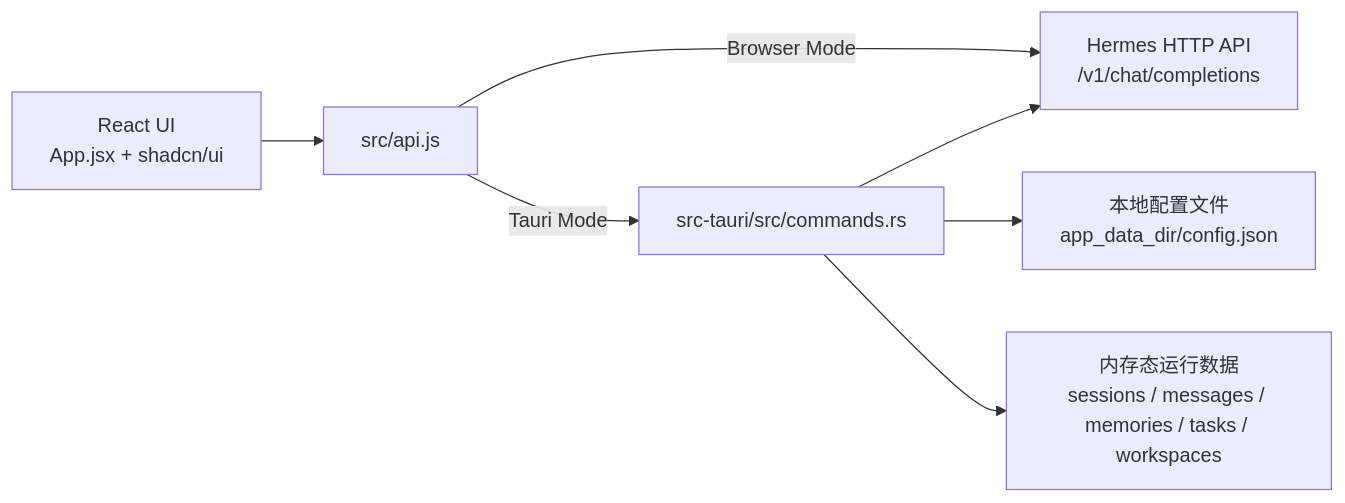
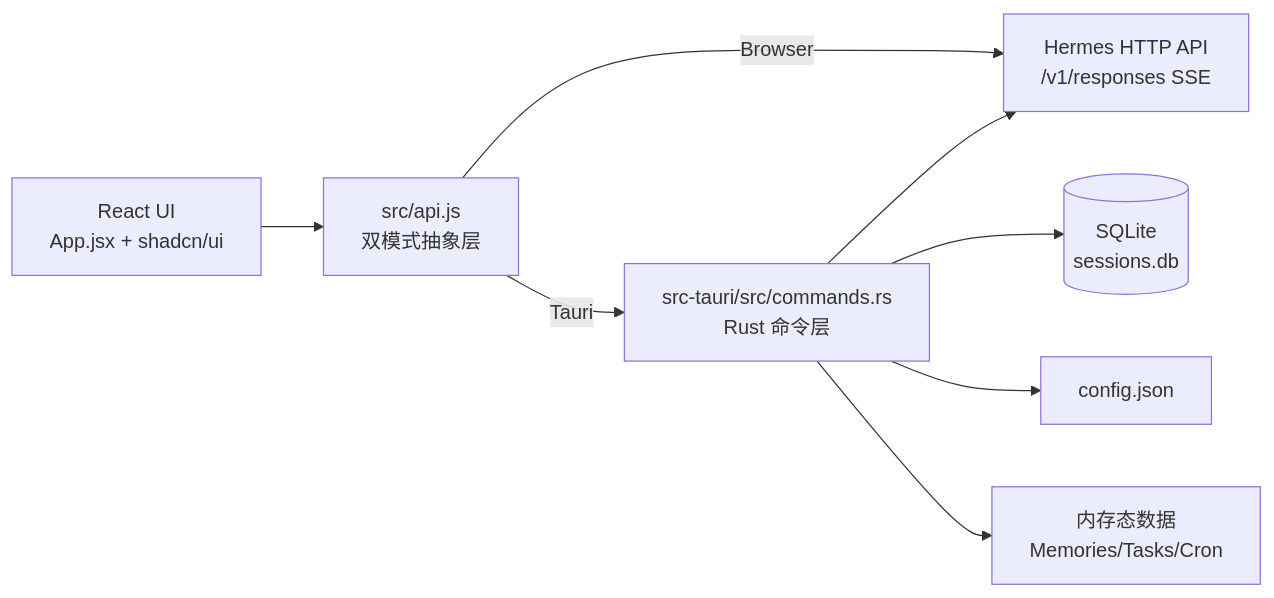
Before and after one commit to dcxcdrqwgs-cmyk/hermes-desktop-lite: the diagram in README.md, drawn with Mermaid. The commit also changed other lines of this file, not shown here.

````diff
--- a/README.md
+++ b/README.md
@@ -16,9 +74,10 @@
 ```mermaid
 flowchart LR
-    UI["React UI<br/>App.jsx + shadcn/ui"] --> API["src/api.js"]
-    API -->|Browser Mode| Gateway["Hermes HTTP API<br/>/v1/chat/completions"]
-    API -->|Tauri Mode| Commands["src-tauri/src/commands.rs"]
-    Commands --> Config["本地配置文件<br/>app_data_dir/config.json"]
-    Commands --> Runtime["内存态运行数据<br/>sessions / messages / memories / tasks / workspaces"]
+    UI["React UI<br/>App.jsx + shadcn/ui"] --> API["src/api.js<br/>双模式抽象层"]
+    API -->|Browser| Gateway["Hermes HTTP API<br/>/v1/responses SSE"]
+    API -->|Tauri| Commands["src-tauri/src/commands.rs<br/>Rust 命令层"]
+    Commands --> DB[(SQLite<br/>sessions.db)]
+    Commands --> Config[config.json]
+    Commands --> Runtime[内存态数据<br/>Memories/Tasks/Cron]
     Commands --> Gateway
 ```
````
